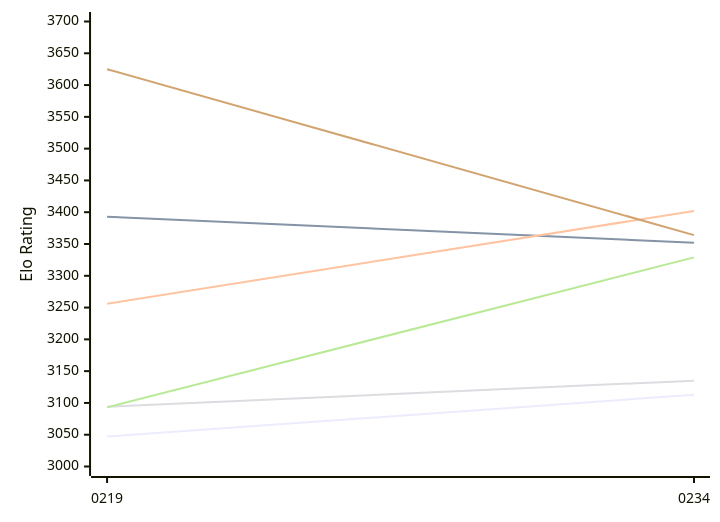
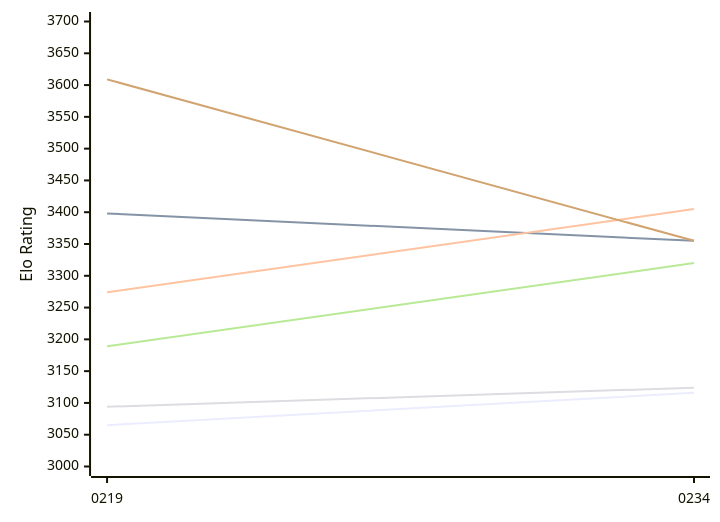
One commit to computer-chess-index/cci changed the first of 2 diagrams in engines/Ynode.md. Above: the diagram before and after it, drawn with Mermaid. The commit also changed other lines of this file, not shown here.

Commit message:
Update CCI Ratings (ELO VLTC) - 2026-11-15

````diff
--- a/engines/Ynode.md
+++ b/engines/Ynode.md
@@ -50,12 +50,12 @@
 ```mermaid
 %%{init: {"theme":"base","themeVariables":{"seriesColors:['#a3a3a3','#222221','#faa371']}}}%%
 xychart-beta
   x-axis ["0219", "0234"]
   y-axis "Elo Rating" 3000 --> 3700
-  line "E1: STC (8.0+0.08s)" [3047, 3113]
-  line "E1: LTC (60.0+0.60s)" [3393, 3352]
-  line "E1: VLTC (2m24s+1.12s)" [3256, 3402]
-  line "P1: STC (8.0+0.08s)" [3094, 3135]
-  line "P1: LTC (60.0+0.60s)" [3093, 3329]
-  line "P1: VLTC (2m24s+1.12s)" [3625, 3364]
+  line "E1: STC (8.0+0.08s)" [3065, 3116]
+  line "E1: LTC (60.0+0.60s)" [3398, 3355]
+  line "E1: VLTC (2m24s+1.12s)" [3274, 3405]
+  line "P1: STC (8.0+0.08s)" [3094, 3124]
+  line "P1: LTC (60.0+0.60s)" [3189, 3320]
+  line "P1: VLTC (2m24s+1.12s)" [3609, 3355]
 ```
````
